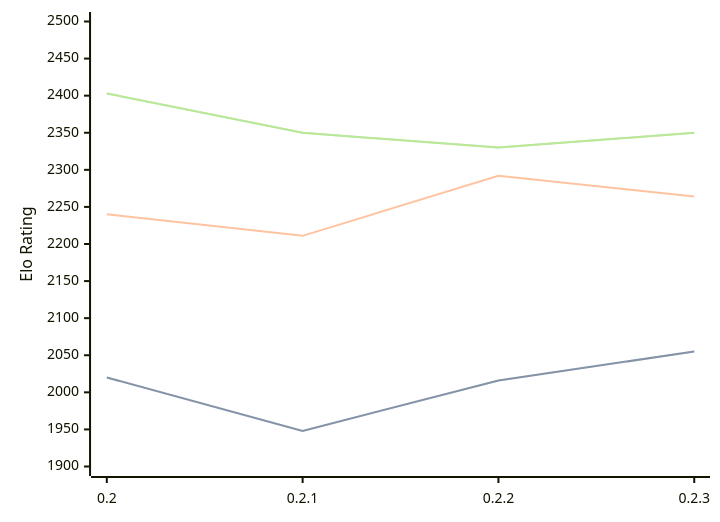
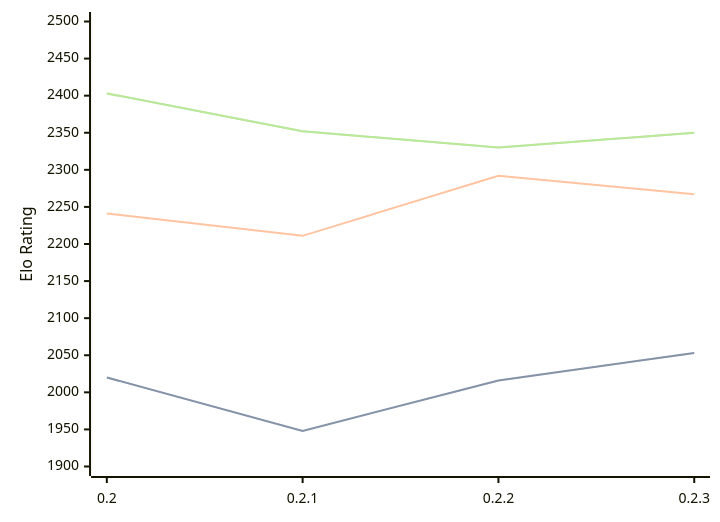
One commit to computer-chess-index/cci changed the diagram in engines/Lolbot.md. Above: the diagram before and after it, drawn with Mermaid. The commit also changed other lines of this file, not shown here.

Commit message:
Update CCI Ratings (ELO VLTC) - 2026-04-10

````diff
--- a/engines/Lolbot.md
+++ b/engines/Lolbot.md
@@ -35,11 +35,11 @@
 ```mermaid
 %%{init: {"theme":"base","themeVariables":{"seriesColors:['#a3a3a3','#222221','#faa371']}}}%%
 xychart-beta
   x-axis ["0.2", "0.2.1", "0.2.2", "0.2.3"]
   y-axis "Elo Rating" 1900 --> 2500
-  line "STC (8.0+0.08s)" [2020, 1948, 2016, 2055]
-  line "STC (8.0+0.08s)" [2020, 1948, 2016, 2055]
-  line "LTC (60.0+0.60s)" [2240, 2211, 2292, 2264]
-  line "VLTC (2m24s+1.12s)" [2403, 2350, 2330, 2350]
-  line "VLTC (2m24s+1.12s)" [2403, 2350, 2330, 2350]
+  line "STC (8.0+0.08s)" [2020, 1948, 2016, 2053]
+  line "STC (8.0+0.08s)" [2020, 1948, 2016, 2053]
+  line "LTC (60.0+0.60s)" [2241, 2211, 2292, 2267]
+  line "VLTC (2m24s+1.12s)" [2403, 2352, 2330, 2350]
+  line "VLTC (2m24s+1.12s)" [2403, 2352, 2330, 2350]
 ```
````
